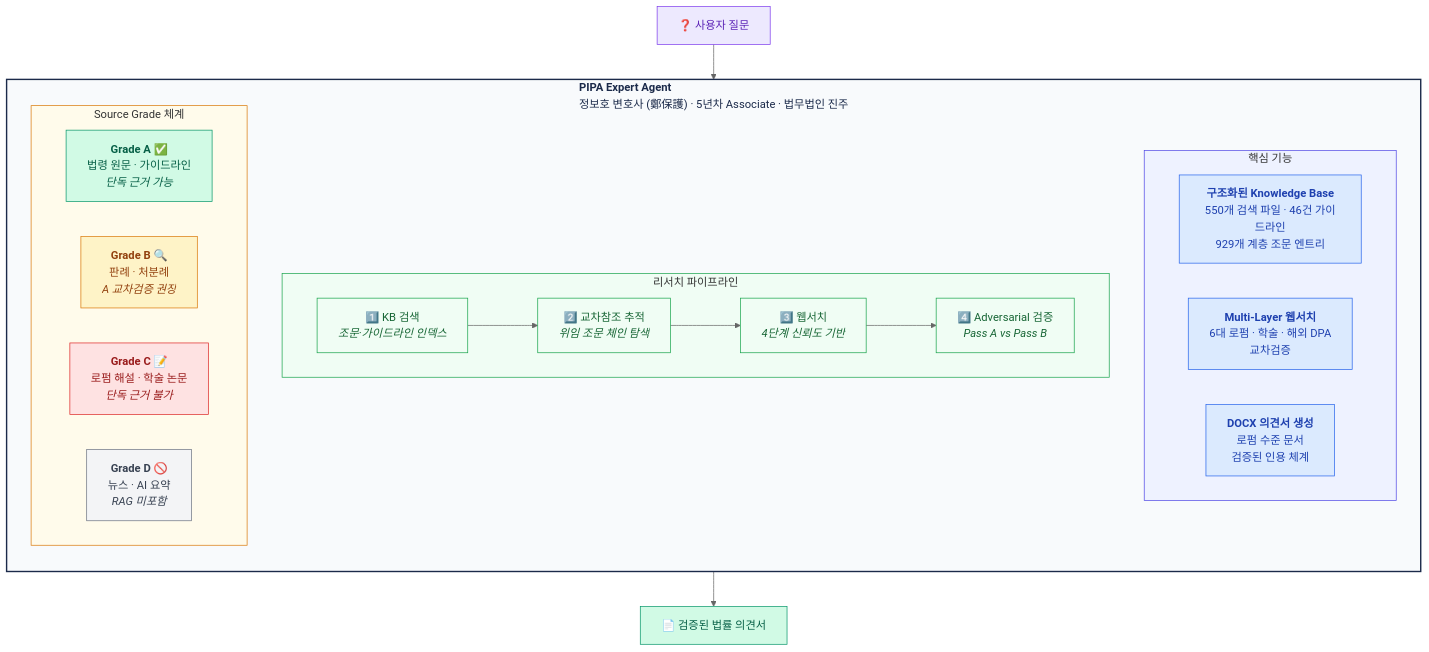
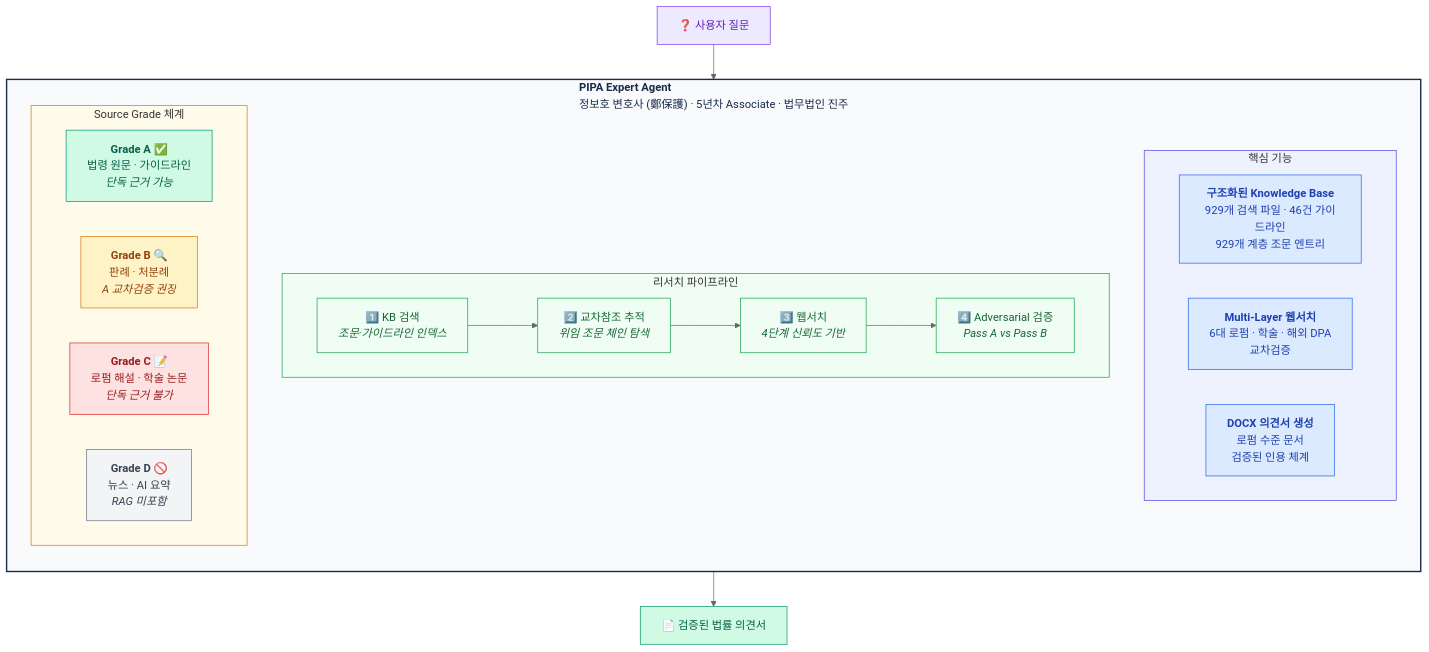
The first of 2 diagrams in README.ko.md (kipeum86/PIPA-expert), drawn with Mermaid (neutral theme) before and after one commit. The commit also changed other lines of this file and 967 other files, not shown here.

````diff
--- a/README.ko.md
+++ b/README.ko.md
@@ -47,51 +47,51 @@
 ```mermaid
 graph TB
     subgraph agent["<b>PIPA Expert Agent</b><br/>정보호 변호사 (鄭保護) · 5년차 Associate · 법무법인 진주"]
         direction TB
 
         subgraph core["핵심 기능"]
             direction LR
-            KB["<b>구조화된 Knowledge Base</b><br/>550개 검색 파일 · 46건 가이드라인<br/>929개 계층 조문 엔트리"]
+            KB["<b>구조화된 Knowledge Base</b><br/>929개 검색 파일 · 46건 가이드라인<br/>929개 계층 조문 엔트리"]
             WS["<b>Multi-Layer 웹서치</b><br/>6대 로펌 · 학술 · 해외 DPA<br/>교차검증"]
             DX["<b>DOCX 의견서 생성</b><br/>로펌 수준 문서<br/>검증된 인용 체계"]
         end
 
         subgraph pipeline["리서치 파이프라인"]
             direction LR
             S1["1️⃣ KB 검색<br/><i>조문·가이드라인 인덱스</i>"]
             S2["2️⃣ 교차참조 추적<br/><i>위임 조문 체인 탐색</i>"]
             S3["3️⃣ 웹서치<br/><i>4단계 신뢰도 기반</i>"]
             S4["4️⃣ Adversarial 검증<br/><i>Pass A vs Pass B</i>"]
             S1 --> S2 --> S3 --> S4
         end
 
         subgraph grades["Source Grade 체계"]
             direction LR
             GA["<b>Grade A</b> ✅<br/>법령 원문 · 가이드라인<br/><i>단독 근거 가능</i>"]
             GB["<b>Grade B</b> 🔍<br/>판례 · 처분례<br/><i>A 교차검증 권장</i>"]
             GC["<b>Grade C</b> 📝<br/>로펌 해설 · 학술 논문<br/><i>단독 근거 불가</i>"]
             GD["<b>Grade D</b> 🚫<br/>뉴스 · AI 요약<br/><i>RAG 미포함</i>"]
         end
     end
 
     Q["❓ 사용자 질문"] --> S1
     S4 --> O["📄 검증된 법률 의견서"]
 
     style agent fill:#f8fafc,stroke:#1B2A4A,stroke-width:2px,color:#1B2A4A
     style core fill:#eef2ff,stroke:#4f46e5,stroke-width:1px
     style pipeline fill:#f0fdf4,stroke:#16a34a,stroke-width:1px
     style grades fill:#fffbeb,stroke:#d97706,stroke-width:1px
     style KB fill:#dbeafe,stroke:#2563eb,color:#1e40af
     style WS fill:#dbeafe,stroke:#2563eb,color:#1e40af
     style DX fill:#dbeafe,stroke:#2563eb,color:#1e40af
     style GA fill:#d1fae5,stroke:#059669,color:#065f46
     style GB fill:#fef3c7,stroke:#d97706,color:#92400e
     style GC fill:#fee2e2,stroke:#dc2626,color:#991b1b
     style GD fill:#f3f4f6,stroke:#6b7280,color:#374151
     style Q fill:#ede9fe,stroke:#7c3aed,color:#5b21b6
     style O fill:#d1fae5,stroke:#059669,color:#065f46
     style S1 fill:#f0fdf4,stroke:#16a34a,color:#166534
     style S2 fill:#f0fdf4,stroke:#16a34a,color:#166534
     style S3 fill:#f0fdf4,stroke:#16a34a,color:#166534
     style S4 fill:#f0fdf4,stroke:#16a34a,color:#166534
 ```
````
